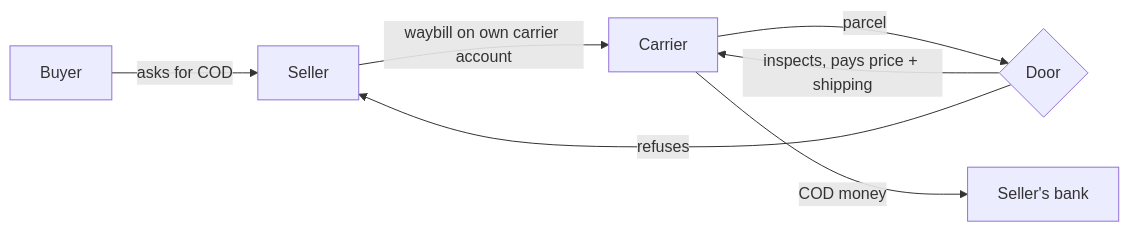
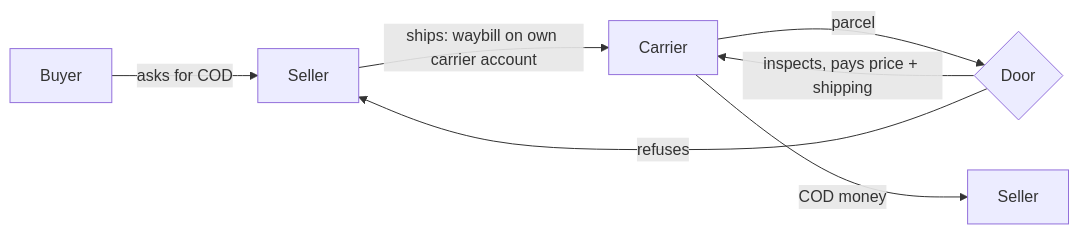
Before and after one commit to shopnexus/docs: the diagram in web/src/content/docs/en/marketplace/index.mdx, drawn with Mermaid. The commit also changed other lines of this file and 105 other files, not shown here.

````diff
--- a/web/src/content/docs/en/marketplace/index.mdx
+++ b/web/src/content/docs/en/marketplace/index.mdx
@@ -28,9 +28,9 @@
 ```mermaid title="Where the parcel and the money go"
 flowchart LR
   B[Buyer] -- "asks for COD" --> S[Seller]
-  S -- "waybill on own carrier account" --> C[Carrier]
+  S -- "ships: waybill on own carrier account" --> C[Carrier]
   C -- "parcel" --> D{Door}
   D -- "inspects, pays price + shipping" --> C
   D -- "refuses" --> S
-  C -- "COD money" --> K[Seller's bank]
+  C -- "COD money" --> K[Seller]
 ```
````
